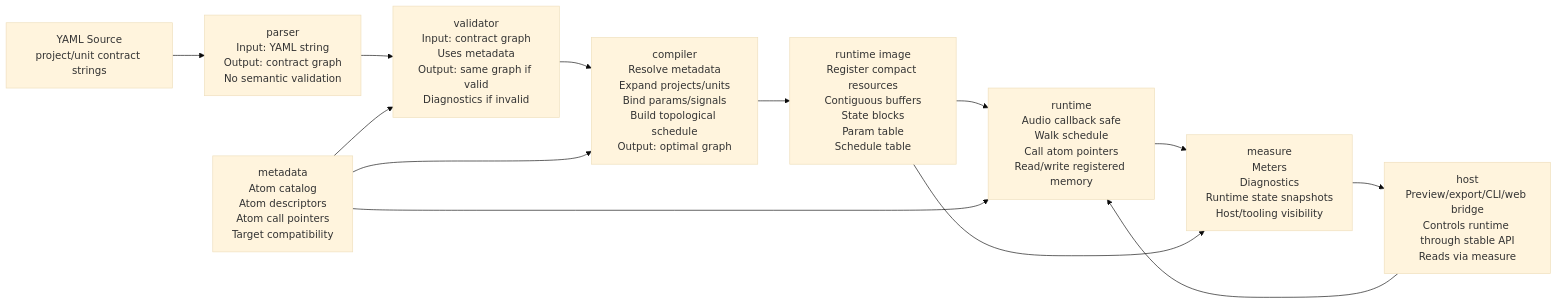
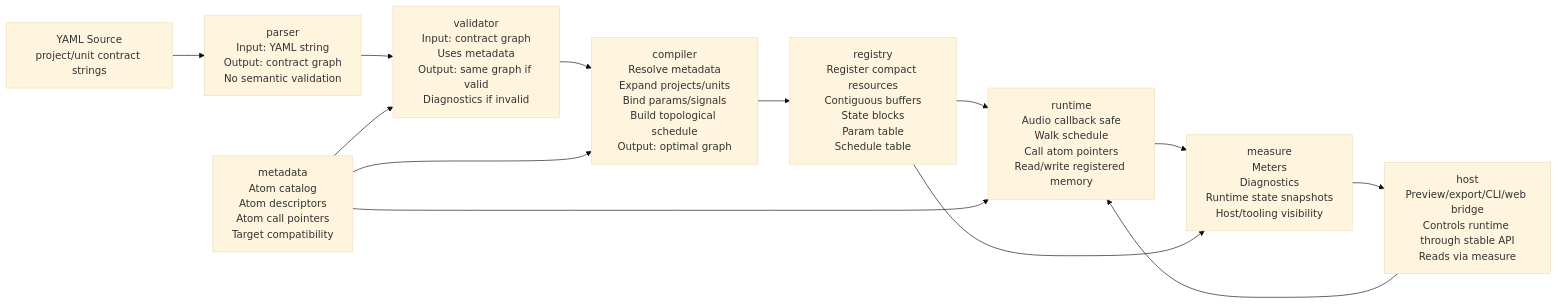
One commit to kohebth/audio-playground changed the diagram in core-design.md. Above: the diagram before and after it, drawn with Mermaid (base theme). The commit also changed other lines of this file and 37 other files, not shown here.

Commit message:
refactor: rename runtime image to registry

````diff
--- a/core-design.md
+++ b/core-design.md
@@ -1,34 +1,25 @@
 ```mermaid
 flowchart LR
     Source["YAML Source<br/>project/unit contract strings"]
-
     Parser["parser<br/>Input: YAML string<br/>Output: contract graph<br/>No semantic validation"]
-
     Validator["validator<br/>Input: contract graph<br/>Uses metadata<br/>Output: same graph if valid<br/>Diagnostics if invalid"]
-
     Metadata["metadata<br/>Atom catalog<br/>Atom descriptors<br/>Atom call pointers<br/>Target compatibility"]
-
     Compiler["compiler<br/>Resolve metadata<br/>Expand projects/units<br/>Bind params/signals<br/>Build topological schedule<br/>Output: optimal graph"]
-
-    RuntimeImage["runtime image<br/>Register compact resources<br/>Contiguous buffers<br/>State blocks<br/>Param table<br/>Schedule table"]
-
+    Registry["registry<br/>Register compact resources<br/>Contiguous buffers<br/>State blocks<br/>Param table<br/>Schedule table"]
     Runtime["runtime<br/>Audio callback safe<br/>Walk schedule<br/>Call atom pointers<br/>Read/write registered memory"]
-
     Measure["measure<br/>Meters<br/>Diagnostics<br/>Runtime state snapshots<br/>Host/tooling visibility"]
-
     Host["host<br/>Preview/export/CLI/web bridge<br/>Controls runtime through stable API<br/>Reads via measure"]
-
     Source --> Parser
     Parser --> Validator
     Metadata --> Validator
     Validator --> Compiler
     Metadata --> Compiler
-    Compiler --> RuntimeImage
-    RuntimeImage --> Runtime
+    Compiler --> Registry
+    Registry --> Runtime
     Metadata --> Runtime
     Runtime --> Measure
-    RuntimeImage --> Measure
+    Registry --> Measure
     Measure --> Host
     Host --> Runtime
 
 ```
````
